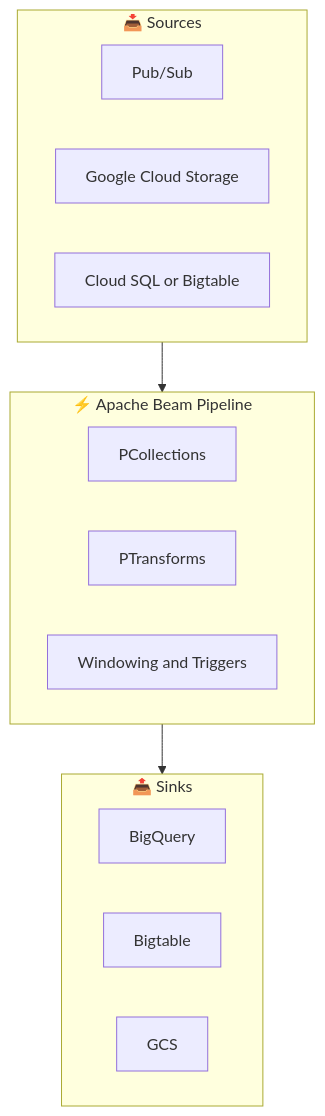
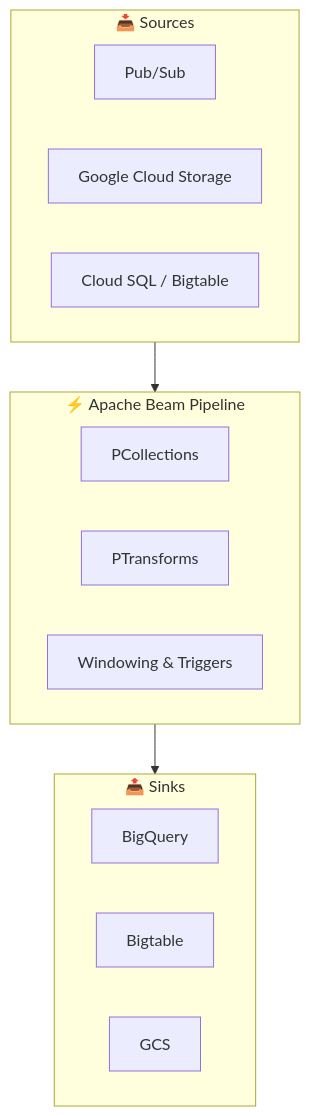
Before and after one commit to blaire101/DE2-AWS-Azure-GCP-2025: the third of 4 diagrams in GCP-interview.md, drawn with Mermaid. The commit also changed other lines of this file, not shown here.

````diff
--- a/GCP-interview.md
+++ b/GCP-interview.md
@@ -161,22 +188,22 @@
 ```mermaid
 flowchart TD
     subgraph Source["📥 Sources"]
         Pub[Pub/Sub]
         GCS[Google Cloud Storage]
-        DB[Cloud SQL or Bigtable]
+        DB[Cloud SQL / Bigtable]
     end
 
     subgraph Pipeline["⚡ Apache Beam Pipeline"]
         PC[PCollections]
         PT[PTransforms]
-        WN[Windowing and Triggers]
+        WN[Windowing & Triggers]
     end
 
     subgraph Sink["📤 Sinks"]
         BQ[BigQuery]
         BT[Bigtable]
         GCS2[GCS]
     end
 
     Source --> Pipeline --> Sink
 ```
````
